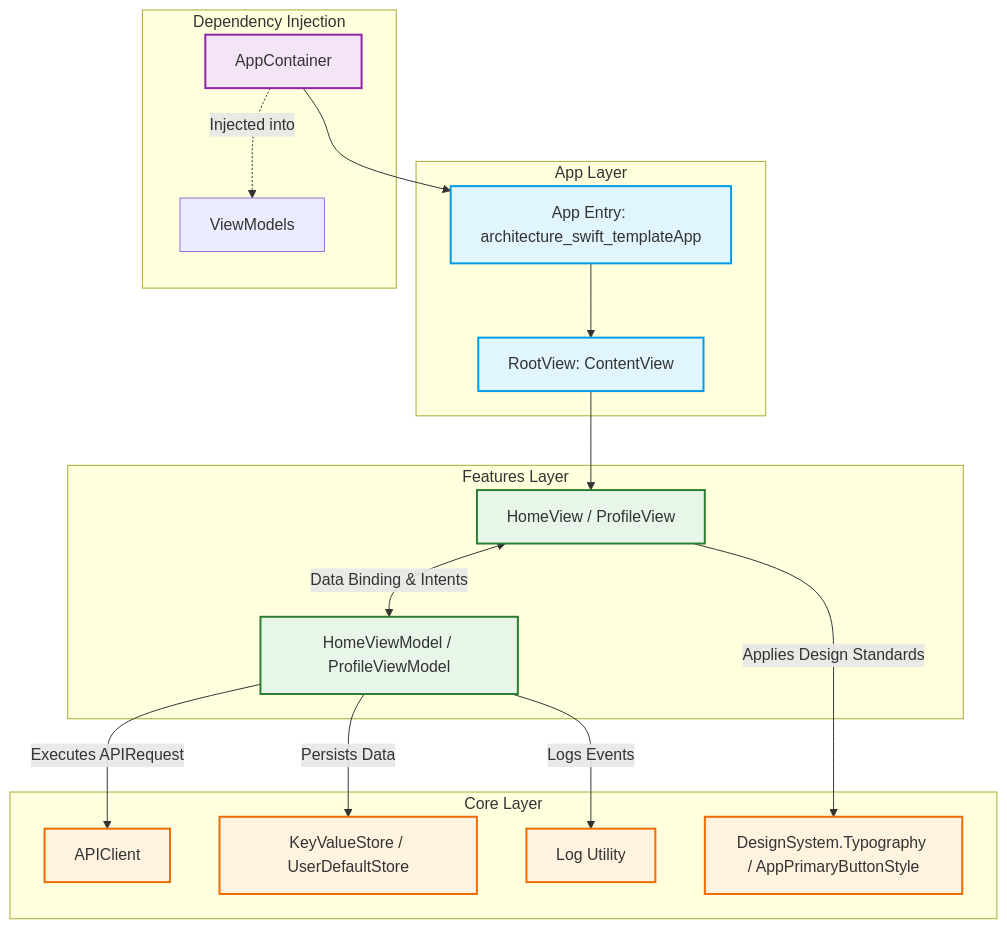
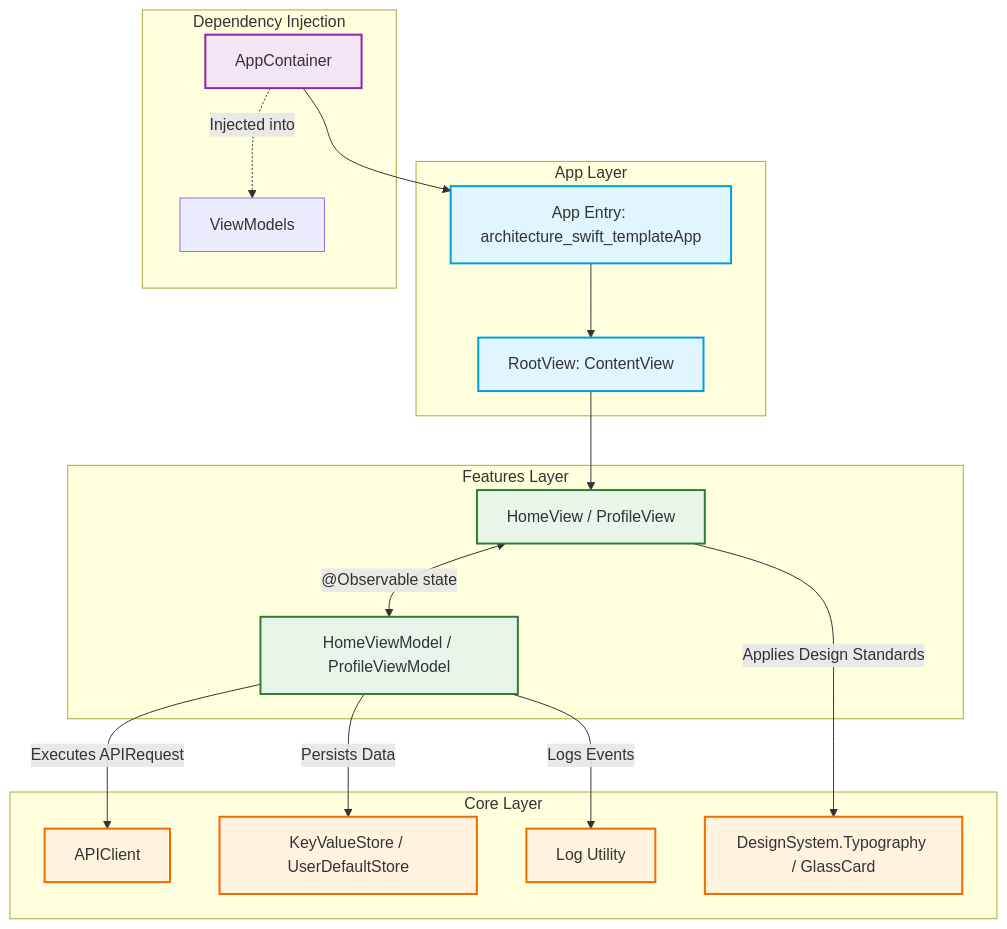
Before and after one commit to storyofhis/architecture-swift-template: the diagram in README.md, drawn with Mermaid. The commit also changed other lines of this file and 27 other files, not shown here.

Commit message:
feat(home): replace ticker demo with native-style Weather UI and modernize architecture

````diff
--- a/README.md
+++ b/README.md
@@ -11,33 +27,33 @@
 ```mermaid
 graph TD
     subgraph App Layer
         AppEntry[App Entry: architecture_swift_templateApp] --> RootView[RootView: ContentView]
     end
 
     subgraph Dependency Injection
         Container[AppContainer] --> AppEntry
         Container -.-> |Injected into| ViewModels
     end
 
     subgraph Features Layer
         RootView --> View[HomeView / ProfileView]
-        View <-->|Data Binding & Intents| ViewModel[HomeViewModel / ProfileViewModel]
+        View <-->|"@Observable state"| ViewModel[HomeViewModel / ProfileViewModel]
     end
 
     subgraph Core Layer
         ViewModel -->|Executes APIRequest| APIClient[APIClient]
         ViewModel -->|Persists Data| Storage[KeyValueStore / UserDefaultStore]
         ViewModel -->|Logs Events| Log[Log Utility]
-        View -->|Applies Design Standards| UI[DesignSystem.Typography / AppPrimaryButtonStyle]
+        View -->|Applies Design Standards| UI[DesignSystem.Typography / GlassCard]
     end
 
     classDef app fill:#e1f5fe,stroke:#039be5,stroke-width:2px;
     classDef feature fill:#e8f5e9,stroke:#2e7d32,stroke-width:2px;
     classDef core fill:#fff3e0,stroke:#ef6c00,stroke-width:2px;
     classDef di fill:#f3e5f5,stroke:#8e24aa,stroke-width:2px;
 
     class AppEntry,RootView app;
     class View,ViewModel feature;
     class APIClient,Storage,Log,UI core;
     class Container di;
 ```
````
